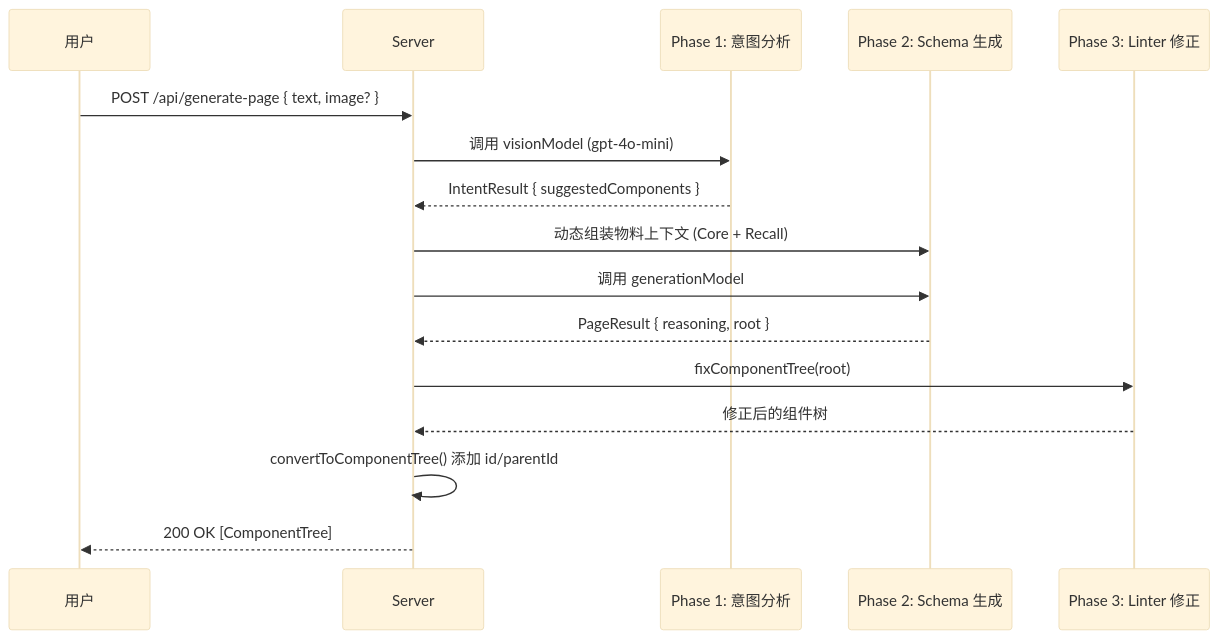
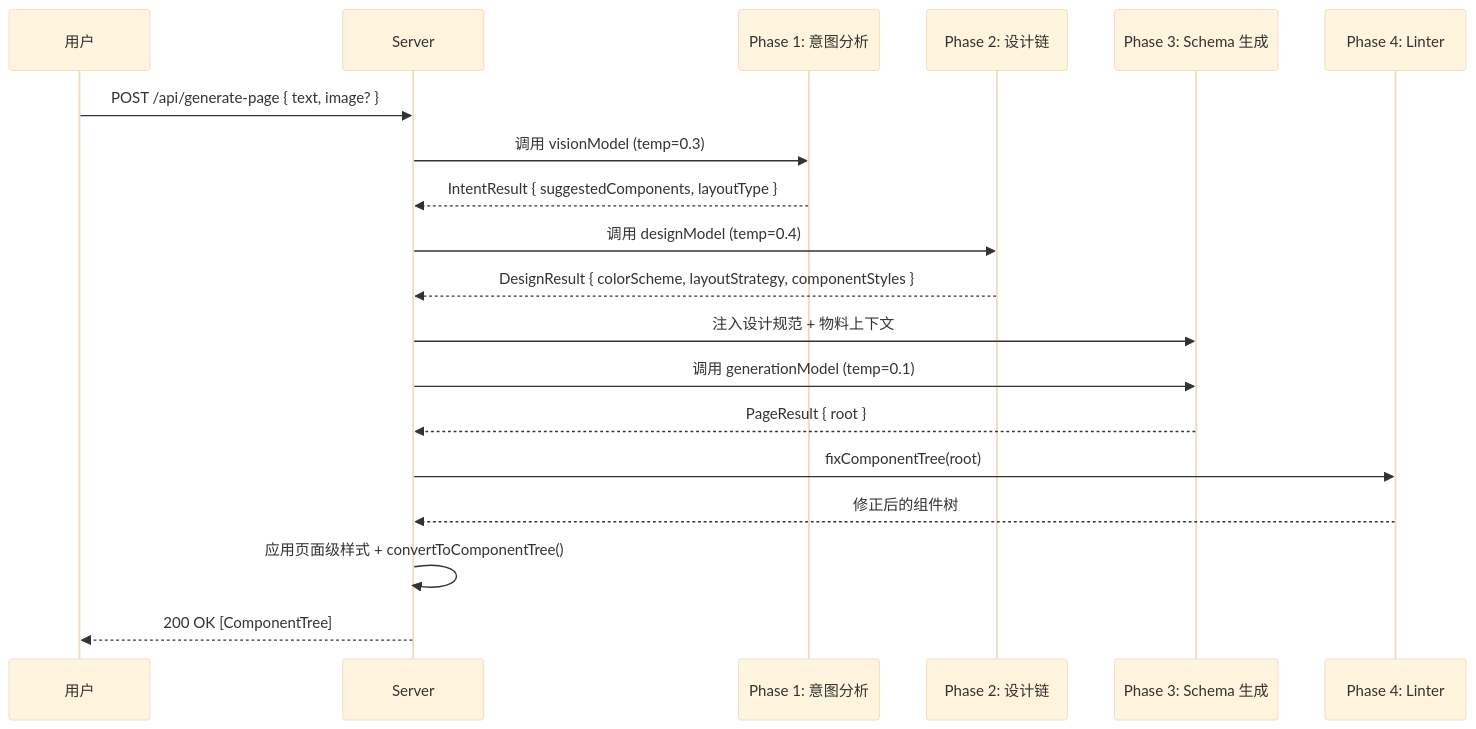
One commit to xxMudCloudxx/lowcode-editor changed the diagram in docs/aiPageDesigner/01-overview.md. Above: the diagram before and after it, drawn with Mermaid (base theme). The commit also changed other lines of this file and 9 other files, not shown here.

````diff
--- a/docs/aiPageDesigner/01-overview.md
+++ b/docs/aiPageDesigner/01-overview.md
@@ -69,19 +75,22 @@
 ```mermaid
 sequenceDiagram
     participant U as 用户
     participant S as Server
     participant P1 as Phase 1: 意图分析
-    participant P2 as Phase 2: Schema 生成
-    participant P3 as Phase 3: Linter 修正
+    participant P2 as Phase 2: 设计链
+    participant P3 as Phase 3: Schema 生成
+    participant P4 as Phase 4: Linter
 
     U->>S: POST /api/generate-page { text, image? }
-    S->>P1: 调用 visionModel (gpt-4o-mini)
-    P1-->>S: IntentResult { suggestedComponents }
-    S->>P2: 动态组装物料上下文 (Core + Recall)
-    S->>P2: 调用 generationModel
-    P2-->>S: PageResult { reasoning, root }
-    S->>P3: fixComponentTree(root)
-    P3-->>S: 修正后的组件树
-    S->>S: convertToComponentTree() 添加 id/parentId
+    S->>P1: 调用 visionModel (temp=0.3)
+    P1-->>S: IntentResult { suggestedComponents, layoutType }
+    S->>P2: 调用 designModel (temp=0.4)
+    P2-->>S: DesignResult { colorScheme, layoutStrategy, componentStyles }
+    S->>P3: 注入设计规范 + 物料上下文
+    S->>P3: 调用 generationModel (temp=0.1)
+    P3-->>S: PageResult { root }
+    S->>P4: fixComponentTree(root)
+    P4-->>S: 修正后的组件树
+    S->>S: 应用页面级样式 + convertToComponentTree()
     S-->>U: 200 OK [ComponentTree]
 ```
````
